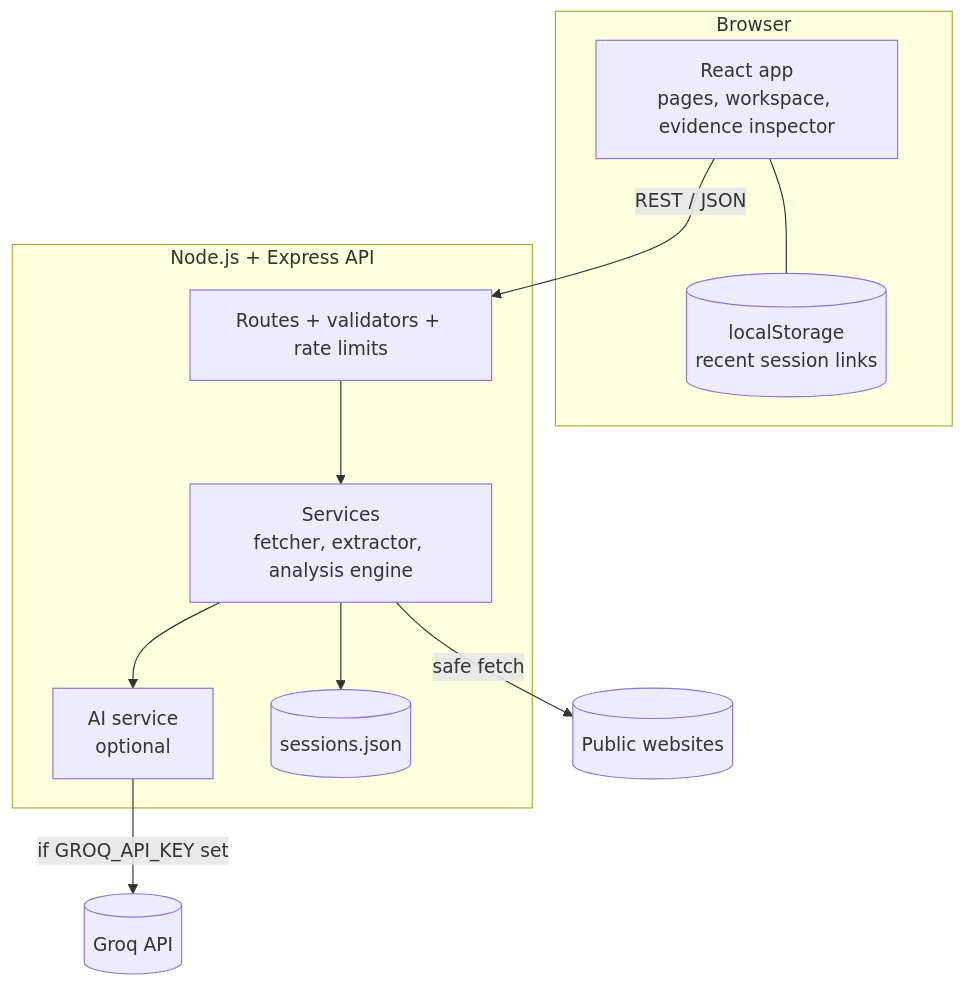
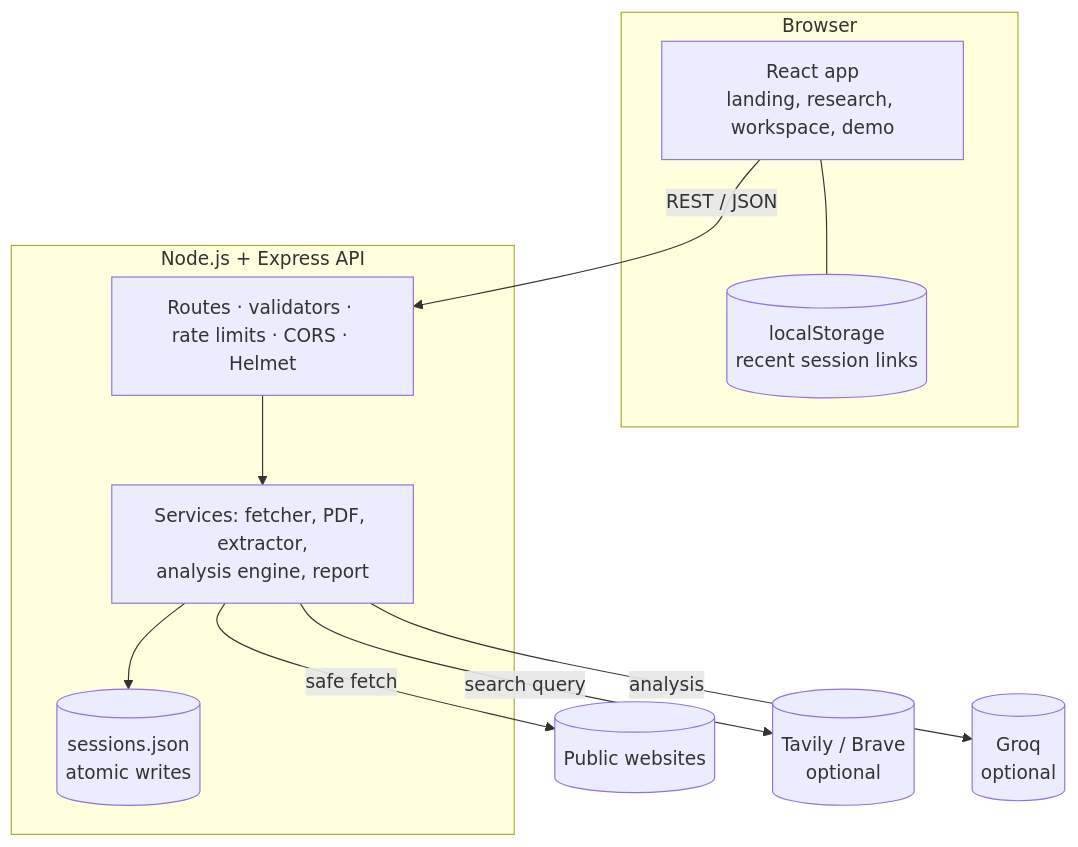
One commit to RiteshKumar2e/DIGITAL-DARK-SPOT changed the second of 2 diagrams in README.md. Above: the diagram before and after it, drawn with Mermaid. The commit also changed other lines of this file and 1 other file, not shown here.

````diff
--- a/README.md
+++ b/README.md
@@ -165,21 +159,21 @@
 ```mermaid
 flowchart TB
     subgraph Browser
-        UI[React app<br/>pages, workspace, evidence inspector]
+        UI[React app<br/>landing, research, workspace, demo]
         LS[(localStorage<br/>recent session links)]
     end
     subgraph Server[Node.js + Express API]
-        R[Routes + validators + rate limits]
-        S[Services<br/>fetcher, extractor, analysis engine]
-        AI[AI service<br/>optional]
-        DB[(sessions.json)]
+        R[Routes · validators · rate limits · CORS · Helmet]
+        S[Services: fetcher, PDF, extractor,<br/>analysis engine, report]
+        DB[(sessions.json<br/>atomic writes)]
     end
     W[(Public websites)]
-    G[(Groq API)]
+    T[(Tavily / Brave<br/>optional)]
+    G[(Groq<br/>optional)]
 
-    UI -- REST / JSON --> R --> S
-    S --> DB
+    UI -- REST / JSON --> R --> S --> DB
     S -- safe fetch --> W
-    S --> AI -- if GROQ_API_KEY set --> G
+    S -- search query --> T
+    S -- analysis --> G
     UI --- LS
 ```
````
